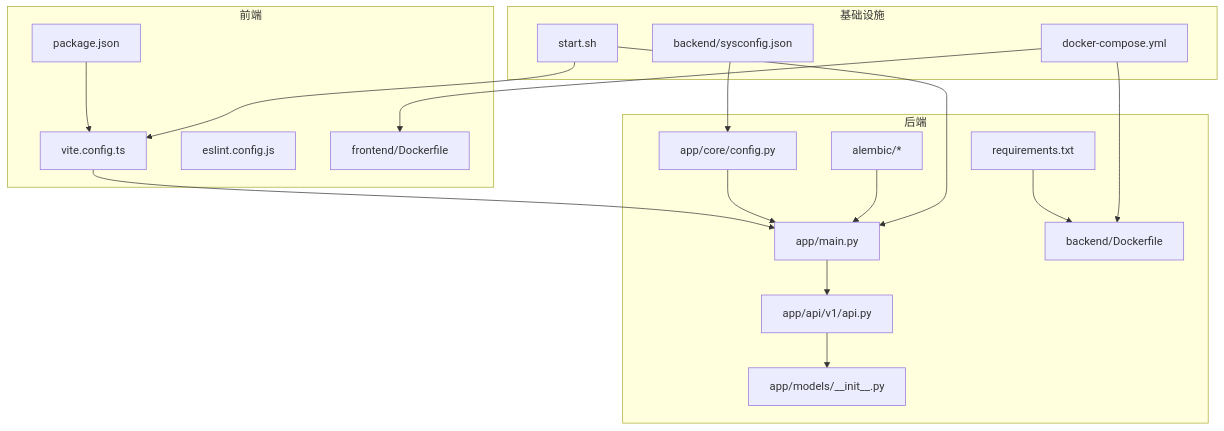
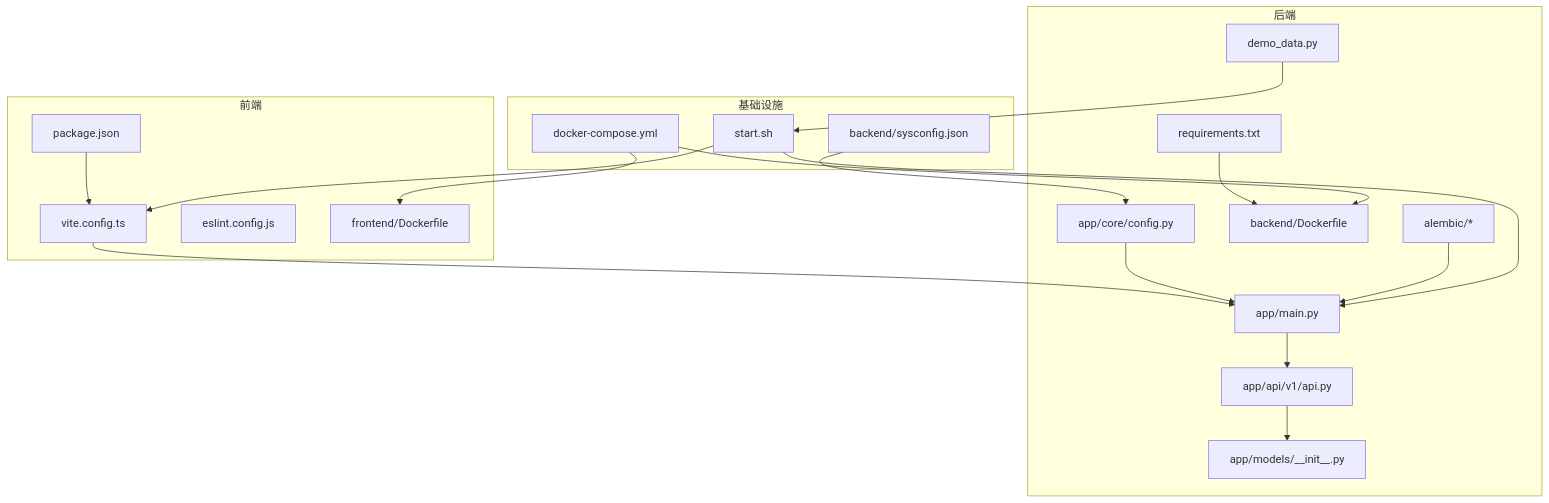
The first of 8 diagrams in .qoder/repowiki/zh/content/开发指南.md (Miyuan2018/ruicheng-edu-system), drawn with Mermaid before and after one commit. The commit also changed other lines of this file and 6 other files, not shown here.

````diff
--- a/.qoder/repowiki/zh/content/开发指南.md
+++ b/.qoder/repowiki/zh/content/开发指南.md
@@ -56,35 +64,37 @@
 ```mermaid
 graph TB
 subgraph "后端"
 BE_MAIN["app/main.py"]
 BE_CONF["app/core/config.py"]
 BE_API["app/api/v1/api.py"]
 BE_MODELS["app/models/__init__.py"]
 BE_REQ["requirements.txt"]
 BE_DOCKER["backend/Dockerfile"]
 BE_ALEMBIC["alembic/*"]
+BE_DEMO["demo_data.py"]
 end
 subgraph "前端"
 FE_PKG["package.json"]
 FE_VITE["vite.config.ts"]
 FE_ESLINT["eslint.config.js"]
 FE_DOCKER["frontend/Dockerfile"]
 end
 subgraph "基础设施"
 DC["docker-compose.yml"]
 START["start.sh"]
 SYS["backend/sysconfig.json"]
 end
 FE_VITE --> BE_MAIN
 FE_PKG --> FE_VITE
 BE_MAIN --> BE_API
 BE_API --> BE_MODELS
 BE_CONF --> BE_MAIN
 BE_REQ --> BE_DOCKER
 BE_ALEMBIC --> BE_MAIN
+BE_DEMO --> START
 DC --> BE_DOCKER
 DC --> FE_DOCKER
 START --> BE_MAIN
 START --> FE_VITE
 SYS --> BE_CONF
 ```
````
